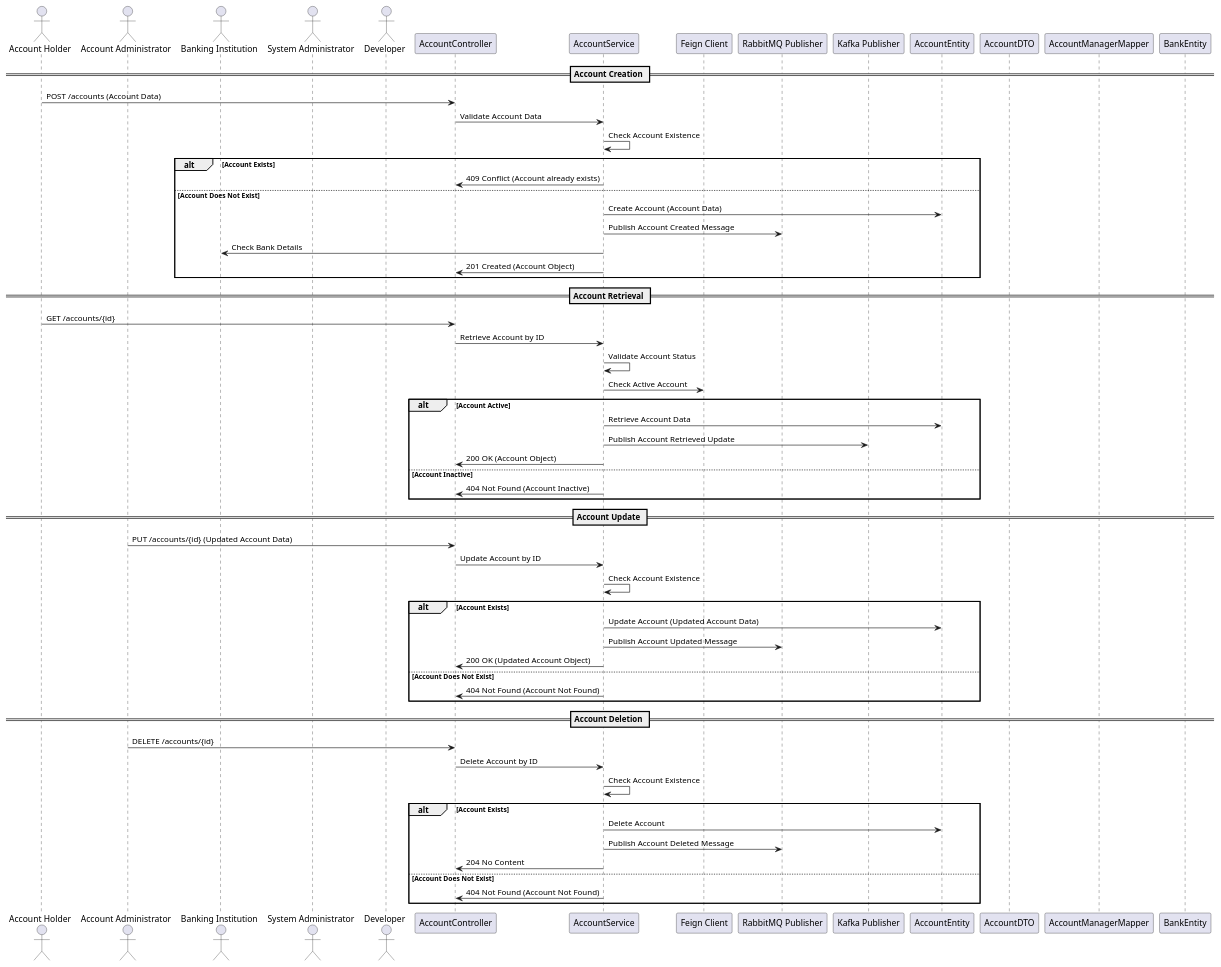
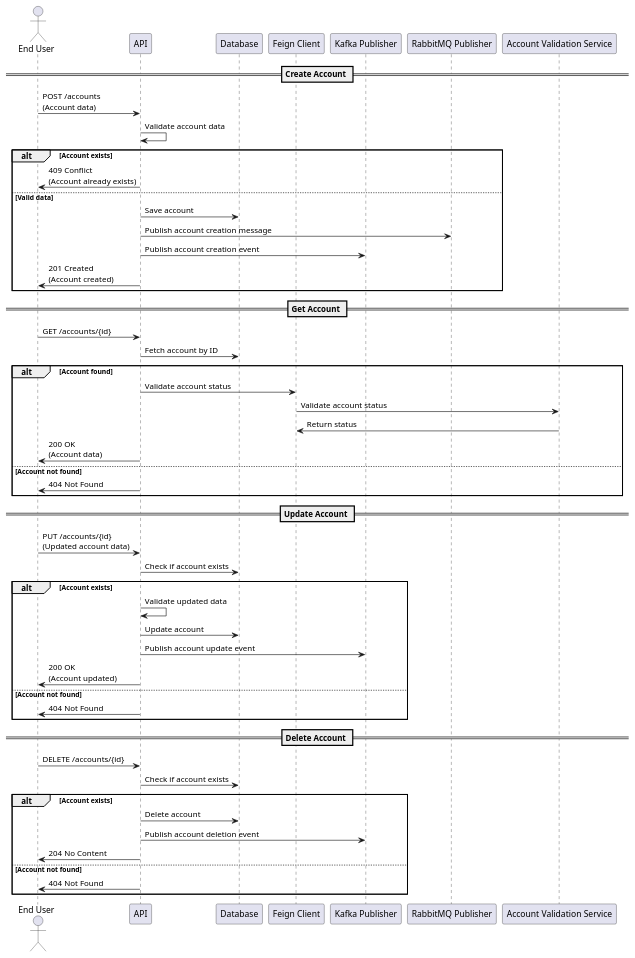
The diagram in design_document/AccountService.md (Bhaskar-Pavan/AccountService), drawn with PlantUML before and after one commit. The commit also changed other lines of this file, not shown here.

````diff
--- a/design_document/AccountService.md
+++ b/design_document/AccountService.md
@@ -34,70 +37,59 @@
 ```plantuml
 @startuml
-actor "Account Holder" as AH
-actor "Account Administrator" as AA
-actor "Banking Institution" as BI
-actor "System Administrator" as SA
-actor "Developer" as D
+actor "End User" as User
+participant "API" as API
+participant "Database" as DB
+participant "Feign Client" as FeignClient
+participant "Kafka Publisher" as Kafka
+participant "RabbitMQ Publisher" as RabbitMQ
+participant "Account Validation Service" as ExternalService
 
-participant "AccountController" as AC
-participant "AccountService" as AS
-participant "Feign Client" as FC
-participant "RabbitMQ Publisher" as RMP
-participant "Kafka Publisher" as KP
-participant "AccountEntity" as AE
-participant "AccountDTO" as AD
-participant "AccountManagerMapper" as AMM
-participant "BankEntity" as BE
-
-== Account Creation ==
-AH -> AC : POST /accounts (Account Data)
-AC -> AS : Validate Account Data
-AS -> AS : Check Account Existence
-alt Account Exists
-    AS -> AC : 409 Conflict (Account already exists)
-else Account Does Not Exist
-    AS -> AE : Create Account (Account Data)
-    AS -> RMP : Publish Account Created Message
-    AS -> BI : Check Bank Details
-    AS -> AC : 201 Created (Account Object)
+== Create Account ==
+User -> API : POST /accounts\n(Account data)
+API -> API : Validate account data
+alt Account exists
+    API -> User : 409 Conflict\n(Account already exists)
+else Valid data
+    API -> DB : Save account
+    API -> RabbitMQ : Publish account creation message
+    API -> Kafka : Publish account creation event
+    API -> User : 201 Created\n(Account created)
 end
 
-== Account Retrieval ==
-AH -> AC : GET /accounts/{id}
-AC -> AS : Retrieve Account by ID
-AS -> AS : Validate Account Status
-AS -> FC : Check Active Account
-alt Account Active
-    AS -> AE : Retrieve Account Data
-    AS -> KP : Publish Account Retrieved Update
-    AS -> AC : 200 OK (Account Object)
-else Account Inactive
-    AS -> AC : 404 Not Found (Account Inactive)
+== Get Account ==
+User -> API : GET /accounts/{id}
+API -> DB : Fetch account by ID
+alt Account found
+    API -> FeignClient : Validate account status
+    FeignClient -> ExternalService : Validate account status
+    ExternalService -> FeignClient : Return status
+    API -> User : 200 OK\n(Account data)
+else Account not found
+    API -> User : 404 Not Found
 end
 
-== Account Update ==
-AA -> AC : PUT /accounts/{id} (Updated Account Data)
-AC -> AS : Update Account by ID
-AS -> AS : Check Account Existence
-alt Account Exists
-    AS -> AE : Update Account (Updated Account Data)
-    AS -> RMP : Publish Account Updated Message
-    AS -> AC : 200 OK (Updated Account Object)
-else Account Does Not Exist
-    AS -> AC : 404 Not Found (Account Not Found)
+== Update Account ==
+User -> API : PUT /accounts/{id}\n(Updated account data)
+API -> DB : Check if account exists
+alt Account exists
+    API -> API : Validate updated data
+    API -> DB : Update account
+    API -> Kafka : Publish account update event
+    API -> User : 200 OK\n(Account updated)
+else Account not found
+    API -> User : 404 Not Found
 end
 
-== Account Deletion ==
-AA -> AC : DELETE /accounts/{id}
-AC -> AS : Delete Account by ID
-AS -> AS : Check Account Existence
-alt Account Exists
-    AS -> AE : Delete Account
-    AS -> RMP : Publish Account Deleted Message
-    AS -> AC : 204 No Content
-else Account Does Not Exist
-    AS -> AC : 404 Not Found (Account Not Found)
+== Delete Account ==
+User -> API : DELETE /accounts/{id}
+API -> DB : Check if account exists
+alt Account exists
+    API -> DB : Delete account
+    API -> Kafka : Publish account deletion event
+    API -> User : 204 No Content
+else Account not found
+    API -> User : 404 Not Found
 end
 
 @enduml
 ```
````
